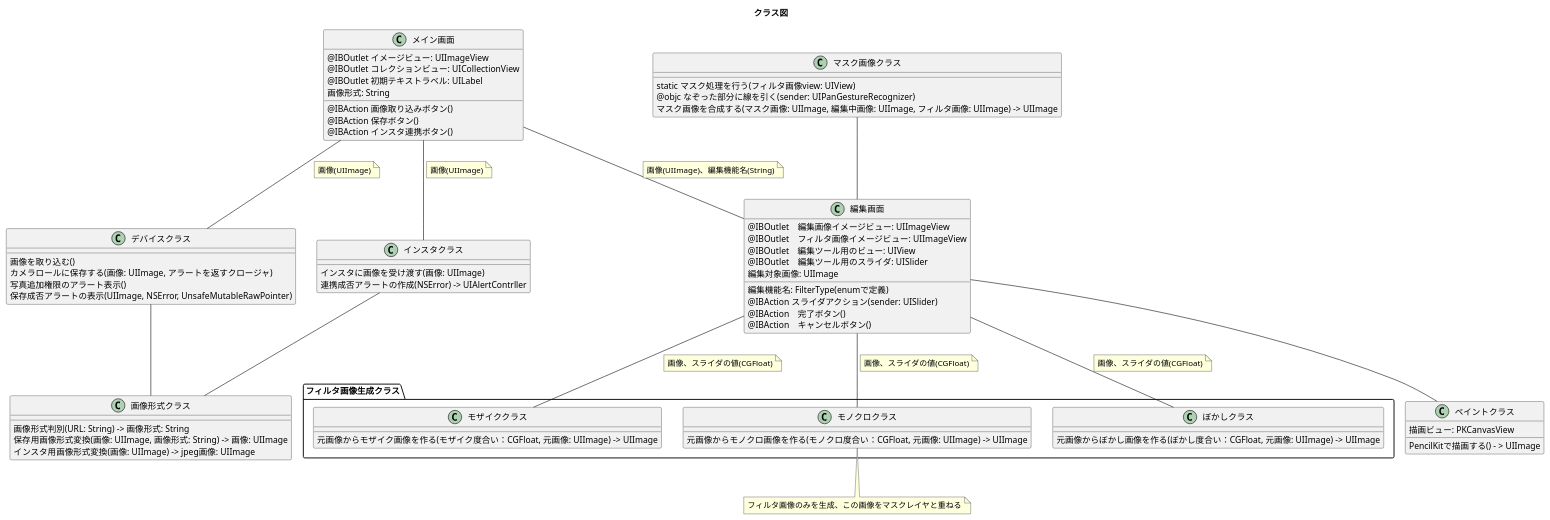
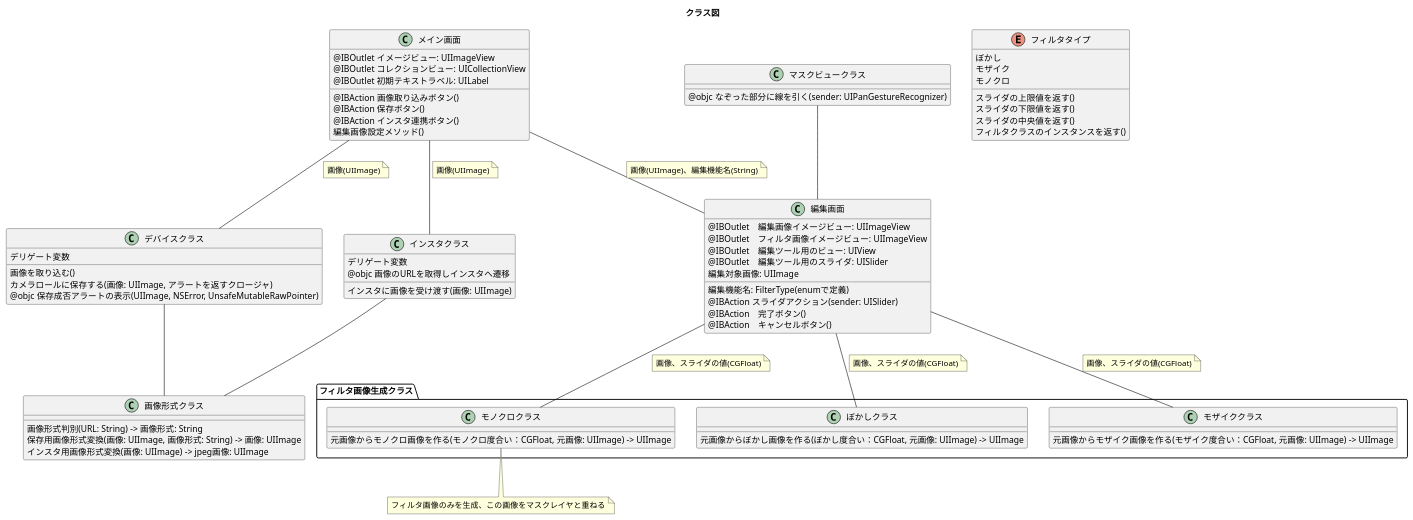
The diagram in InstaExt/docs/クラス図.plantuml (saganoH/InstaExt), drawn with PlantUML before and after one commit.

Commit message:
[task] card_146 インスタ連携機能実装
* クラス図更新

```diff
--- a/InstaExt/docs/クラス図.plantuml
+++ b/InstaExt/docs/クラス図.plantuml
@@ -1,109 +1,111 @@
 @startuml
 title "クラス図"
 
 class  メイン画面{
-@IBOutlet イメージビュー: UIImageView
-@IBOutlet コレクションビュー: UICollectionView
-@IBOutlet 初期テキストラベル: UILabel
-画像形式: String
-@IBAction 画像取り込みボタン()
-@IBAction 保存ボタン()
-@IBAction インスタ連携ボタン()
+  @IBOutlet イメージビュー: UIImageView
+  @IBOutlet コレクションビュー: UICollectionView
+  @IBOutlet 初期テキストラベル: UILabel
+  @IBAction 画像取り込みボタン()
+  @IBAction 保存ボタン()
+  @IBAction インスタ連携ボタン()
+  編集画像設定メソッド()
 }
 
 class  編集画面{
-@IBOutlet　編集画像イメージビュー: UIImageView
-@IBOutlet　フィルタ画像イメージビュー: UIImageView
-@IBOutlet　編集ツール用のビュー: UIView
-@IBOutlet　編集ツール用のスライダ: UISlider
-編集対象画像: UIImage
-編集機能名: FilterType(enumで定義)
-@IBAction スライダアクション(sender: UISlider)
-@IBAction　完了ボタン()
-@IBAction　キャンセルボタン()
+  @IBOutlet　編集画像イメージビュー: UIImageView
+  @IBOutlet　フィルタ画像イメージビュー: UIImageView
+  @IBOutlet　編集ツール用のビュー: UIView
+  @IBOutlet　編集ツール用のスライダ: UISlider
+  編集対象画像: UIImage
+  編集機能名: FilterType(enumで定義)
+  @IBAction スライダアクション(sender: UISlider)
+  @IBAction　完了ボタン()
+  @IBAction　キャンセルボタン()
 }
 
-class マスク画像クラス{
-static マスク処理を行う(フィルタ画像view: UIView)
-@objc なぞった部分に線を引く(sender: UIPanGestureRecognizer)
-マスク画像を合成する(マスク画像: UIImage, 編集中画像: UIImage, フィルタ画像: UIImage) -> UIImage
+class マスクビュークラス{
+  @objc なぞった部分に線を引く(sender: UIPanGestureRecognizer)
 }
 
 class デバイスクラス{
-画像を取り込む()
-カメラロールに保存する(画像: UIImage, アラートを返すクロージャ)
-写真追加権限のアラート表示()
-保存成否アラートの表示(UIImage, NSError, UnsafeMutableRawPointer)
+  デリゲート変数
+  画像を取り込む()
+  カメラロールに保存する(画像: UIImage, アラートを返すクロージャ)
+  @objc 保存成否アラートの表示(UIImage, NSError, UnsafeMutableRawPointer)
 }
 
 class インスタクラス{
-インスタに画像を受け渡す(画像: UIImage)
-連携成否アラートの作成(NSError) -> UIAlertContrller
+  デリゲート変数
+  インスタに画像を受け渡す(画像: UIImage)
+  @objc 画像のURLを取得しインスタへ遷移
 }
 
 class 画像形式クラス{
-画像形式判別(URL: String) -> 画像形式: String
-保存用画像形式変換(画像: UIImage, 画像形式: String) -> 画像: UIImage
-インスタ用画像形式変換(画像: UIImage) -> jpeg画像: UIImage
+  画像形式判別(URL: String) -> 画像形式: String
+  保存用画像形式変換(画像: UIImage, 画像形式: String) -> 画像: UIImage
+  インスタ用画像形式変換(画像: UIImage) -> jpeg画像: UIImage
+}
+
+enum フィルタタイプ {
+  ぼかし
+  モザイク
+  モノクロ
+  スライダの上限値を返す()
+  スライダの下限値を返す()
+  スライダの中央値を返す()
+  フィルタクラスのインスタンスを返す()
 }
 
 package フィルタ画像生成クラス {
 class ぼかしクラス{
-元画像からぼかし画像を作る(ぼかし度合い：CGFloat, 元画像: UIImage) -> UIImage
+  元画像からぼかし画像を作る(ぼかし度合い：CGFloat, 元画像: UIImage) -> UIImage
 }
 
 class モザイククラス{
-元画像からモザイク画像を作る(モザイク度合い：CGFloat, 元画像: UIImage) -> UIImage
+  元画像からモザイク画像を作る(モザイク度合い：CGFloat, 元画像: UIImage) -> UIImage
 }
 
 class モノクロクラス{
-元画像からモノクロ画像を作る(モノクロ度合い：CGFloat, 元画像: UIImage) -> UIImage
+  元画像からモノクロ画像を作る(モノクロ度合い：CGFloat, 元画像: UIImage) -> UIImage
 }
 }
 note bottom
   フィルタ画像のみを生成、この画像をマスクレイヤと重ねる
 end note
-
-
-class ペイントクラス{
-描画ビュー: PKCanvasView
-PencilKitで描画する() - > UIImage
-}
 
 メイン画面--編集画面
 note left on link
   画像(UIImage)、編集機能名(String)
 end note
 
 メイン画面--デバイスクラス
 note left on link
   画像(UIImage)
 end note
 
 メイン画面--インスタクラス
 note left on link
   画像(UIImage)
 end note
 
 デバイスクラス--画像形式クラス
 インスタクラス--画像形式クラス
 
-マスク画像クラス--編集画面
+マスクビュークラス--編集画面
 
 編集画面--ぼかしクラス
 note left on link
   画像、スライダの値(CGFloat)
 end note
 
 編集画面--モザイククラス
 note left on link
   画像、スライダの値(CGFloat)
 end note
 
 編集画面--モノクロクラス
 note left on link
   画像、スライダの値(CGFloat)
 end note
 
-編集画面--ペイントクラス
 @enduml
```
